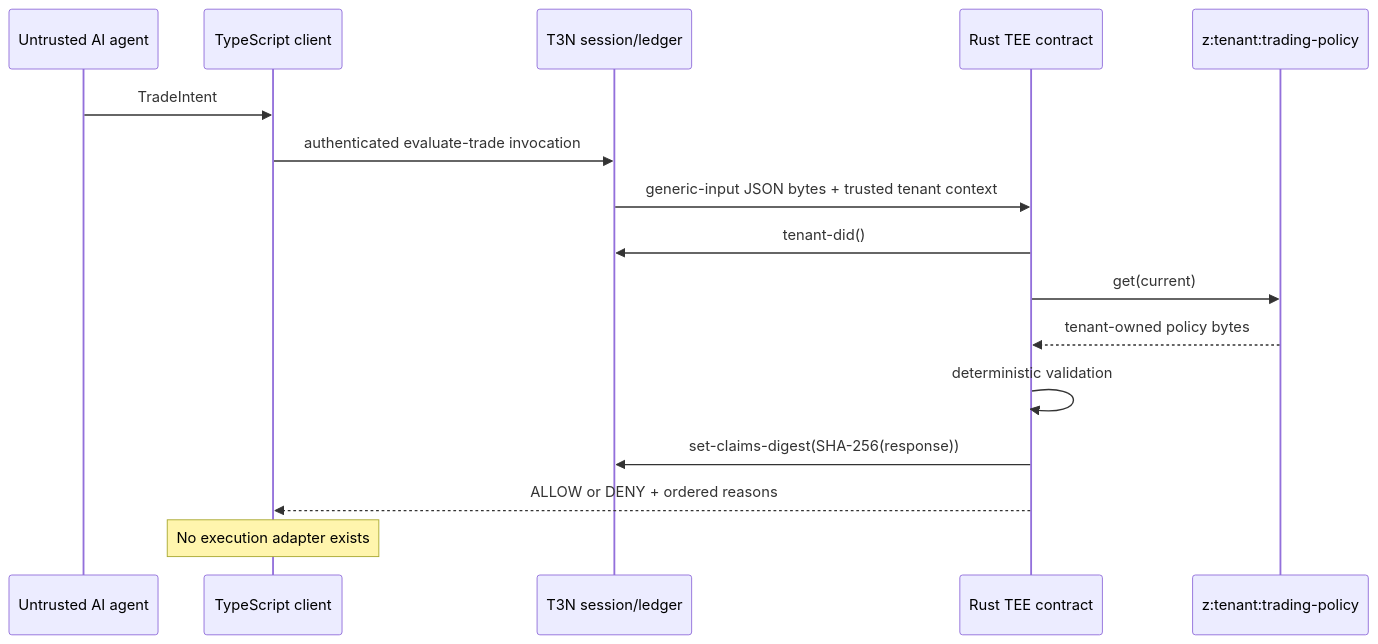
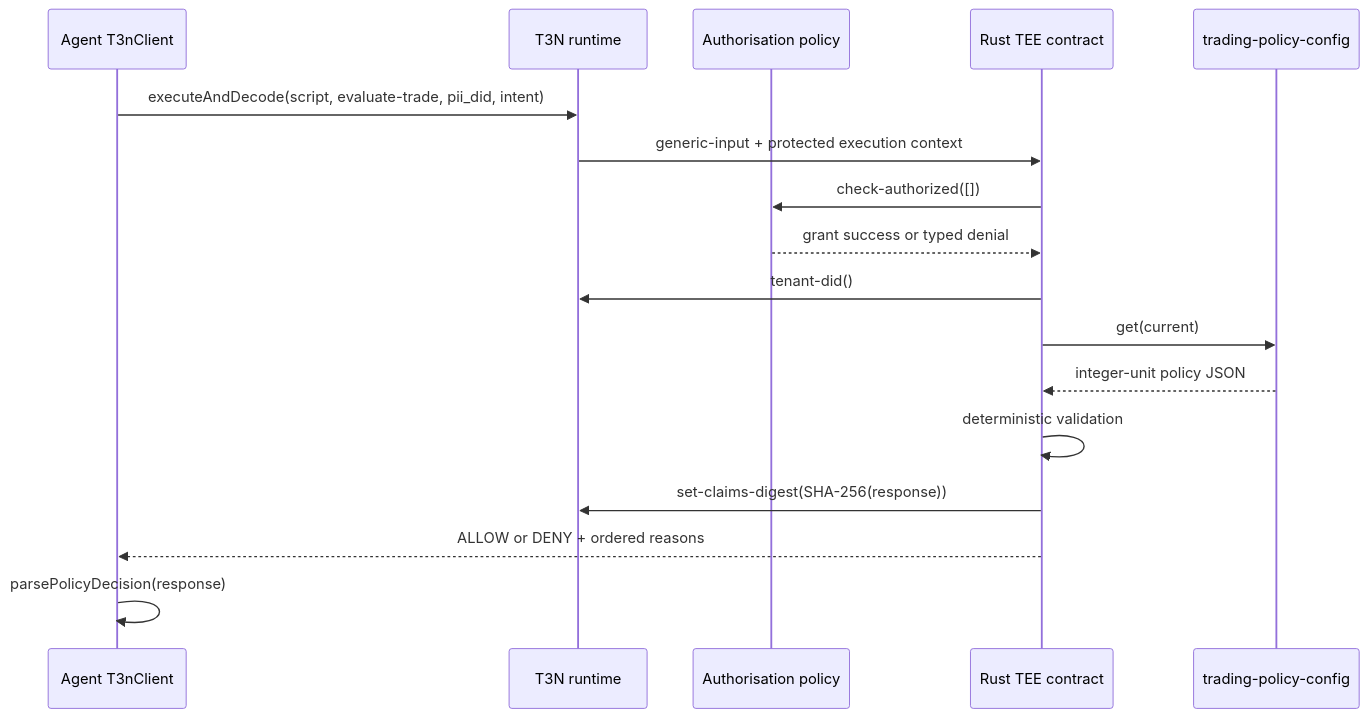
The second of 2 diagrams in docs/ARCHITECTURE.md (zhaofeipeter/secure-trading-policy-agent), drawn with Mermaid before and after one commit. The commit also changed other lines of this file and 22 other files, not shown here.

Commit message:
fix: address CTO security and architecture review

````diff
--- a/docs/ARCHITECTURE.md
+++ b/docs/ARCHITECTURE.md
@@ -7,19 +52,20 @@
 ```mermaid
 sequenceDiagram
-    participant AI as Untrusted AI agent
-    participant Client as TypeScript client
-    participant T3N as T3N session/ledger
+    participant Agent as Agent T3nClient
+    participant T3N as T3N runtime
+    participant Auth as Authorisation policy
     participant Contract as Rust TEE contract
-    participant KV as z:tenant:trading-policy
+    participant KV as trading-policy-config
 
-    AI->>Client: TradeIntent
-    Client->>T3N: authenticated evaluate-trade invocation
-    T3N->>Contract: generic-input JSON bytes + trusted tenant context
+    Agent->>T3N: executeAndDecode(script, evaluate-trade, pii_did, intent)
+    T3N->>Contract: generic-input + protected execution context
+    Contract->>Auth: check-authorized([])
+    Auth-->>Contract: grant success or typed denial
     Contract->>T3N: tenant-did()
     Contract->>KV: get(current)
-    KV-->>Contract: tenant-owned policy bytes
+    KV-->>Contract: integer-unit policy JSON
     Contract->>Contract: deterministic validation
     Contract->>T3N: set-claims-digest(SHA-256(response))
-    Contract-->>Client: ALLOW or DENY + ordered reasons
-    Note over Client: No execution adapter exists
+    Contract-->>Agent: ALLOW or DENY + ordered reasons
+    Agent->>Agent: parsePolicyDecision(response)
 ```
````
